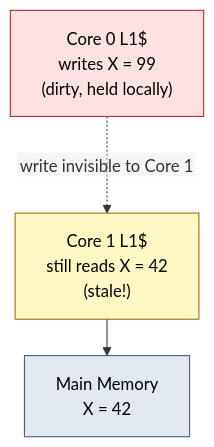
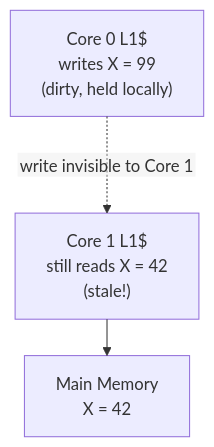
Before and after one commit to Wty2003328/silicon-design-notebook: the first of 20 diagrams in 01_Architecture_and_PPA/01_CPU_Architecture/06_Coherence_and_Consistency/03_ACE_and_CHI.md, drawn with Mermaid. The commit also changed other lines of this file and 125 other files, not shown here.

First line of the commit message:
Complete the AMBA family, refresh the learning path, and make every figure and formula actually render

````diff
--- a/01_Architecture_and_PPA/01_CPU_Architecture/06_Coherence_and_Consistency/03_ACE_and_CHI.md
+++ b/01_Architecture_and_PPA/01_CPU_Architecture/06_Coherence_and_Consistency/03_ACE_and_CHI.md
@@ -45,12 +45,9 @@
 ```mermaid
 %%{init: {"flowchart": {"defaultRenderer": "elk", "nodeSpacing": 60, "rankSpacing": 55, "htmlLabels": false}}}%%
 flowchart TD
-    C0["Core 0 L1$<br/>writes X = 99<br/>(dirty, held locally)"]:::dirty
-    C1["Core 1 L1$<br/>still reads X = 42<br/>(stale!)"]:::stale
-    M["Main Memory<br/>X = 42"]:::mem
+    C0["Core 0 L1$<br/>writes X = 99<br/>(dirty, held locally)"]
+    C1["Core 1 L1$<br/>still reads X = 42<br/>(stale!)"]
+    M["Main Memory<br/>X = 42"]
     C0 -.->|"write invisible to Core 1"| C1
     C1 --> M
-    classDef dirty fill:#fee2e2,stroke:#b91c1c,color:#000
-    classDef stale fill:#fef9c3,stroke:#a16207,color:#000
-    classDef mem fill:#e2e8f0,stroke:#475569,color:#000
 ```
````
